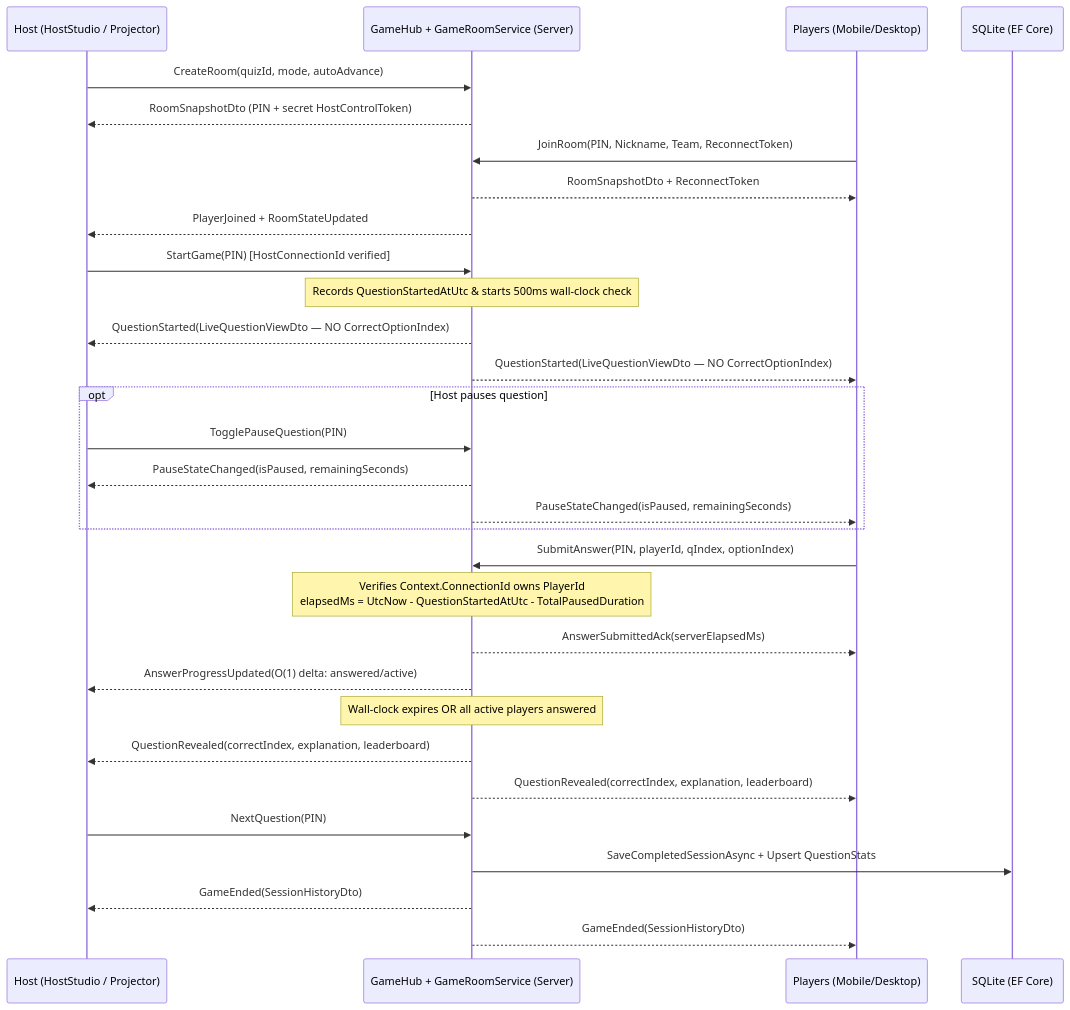
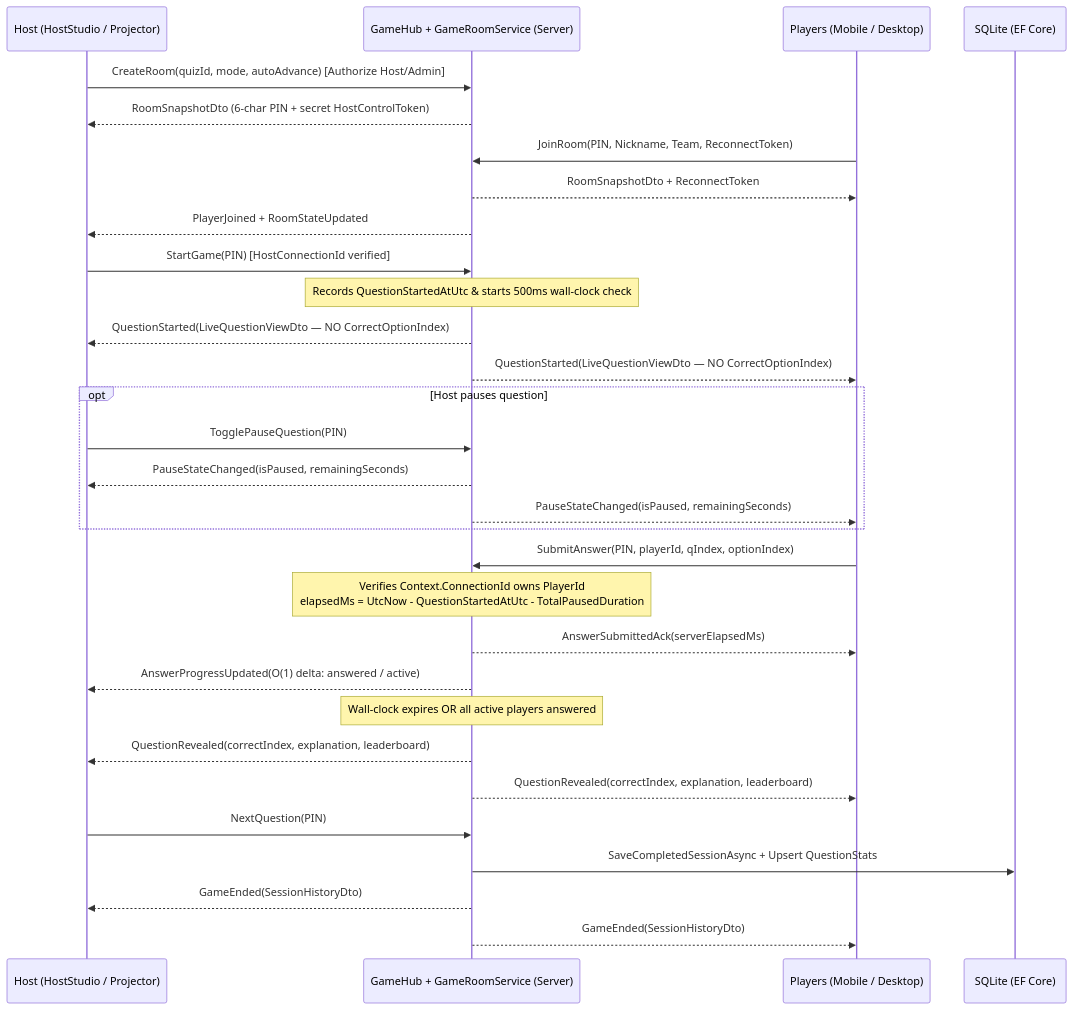
One commit to tamerlanaitpayev1-netizen/IFP-FINAL changed the second of 3 diagrams in README.md. Above: the diagram before and after it, drawn with Mermaid. The commit also changed other lines of this file and 2 other files, not shown here.

Commit message:
docs: rewrite README in English and sync updated presentation PDF and GitHub link

````diff
--- a/README.md
+++ b/README.md
@@ -62,38 +68,38 @@
 ```mermaid
 sequenceDiagram
     participant Host as Host (HostStudio / Projector)
     participant Hub as GameHub + GameRoomService (Server)
-    participant Player as Players (Mobile/Desktop)
+    participant Player as Players (Mobile / Desktop)
     participant DB as SQLite (EF Core)
 
-    Host->>Hub: CreateRoom(quizId, mode, autoAdvance)
-    Hub-->>Host: RoomSnapshotDto (PIN + secret HostControlToken)
+    Host->>Hub: CreateRoom(quizId, mode, autoAdvance) [Authorize Host/Admin]
+    Hub-->>Host: RoomSnapshotDto (6-char PIN + secret HostControlToken)
     Player->>Hub: JoinRoom(PIN, Nickname, Team, ReconnectToken)
     Hub-->>Player: RoomSnapshotDto + ReconnectToken
     Hub-->>Host: PlayerJoined + RoomStateUpdated
 
     Host->>Hub: StartGame(PIN) [HostConnectionId verified]
     Note over Hub: Records QuestionStartedAtUtc & starts 500ms wall-clock check
     Hub-->>Host: QuestionStarted(LiveQuestionViewDto — NO CorrectOptionIndex)
     Hub-->>Player: QuestionStarted(LiveQuestionViewDto — NO CorrectOptionIndex)
 
     opt Host pauses question
         Host->>Hub: TogglePauseQuestion(PIN)
         Hub-->>Host: PauseStateChanged(isPaused, remainingSeconds)
         Hub-->>Player: PauseStateChanged(isPaused, remainingSeconds)
     end
 
     Player->>Hub: SubmitAnswer(PIN, playerId, qIndex, optionIndex)
     Note over Hub: Verifies Context.ConnectionId owns PlayerId<br/>elapsedMs = UtcNow - QuestionStartedAtUtc - TotalPausedDuration
     Hub-->>Player: AnswerSubmittedAck(serverElapsedMs)
-    Hub-->>Host: AnswerProgressUpdated(O(1) delta: answered/active)
+    Hub-->>Host: AnswerProgressUpdated(O(1) delta: answered / active)
 
     Note over Hub: Wall-clock expires OR all active players answered
     Hub-->>Host: QuestionRevealed(correctIndex, explanation, leaderboard)
     Hub-->>Player: QuestionRevealed(correctIndex, explanation, leaderboard)
 
     Host->>Hub: NextQuestion(PIN)
     Hub->>DB: SaveCompletedSessionAsync + Upsert QuestionStats
     Hub-->>Host: GameEnded(SessionHistoryDto)
     Hub-->>Player: GameEnded(SessionHistoryDto)
 ```
````
